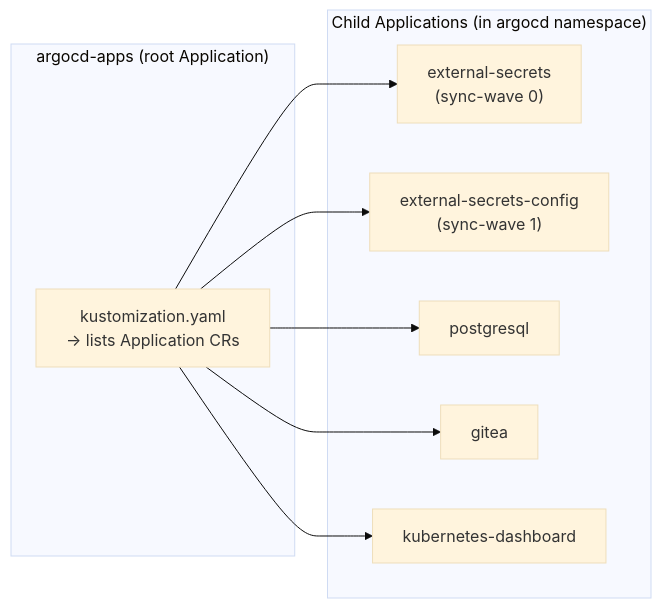
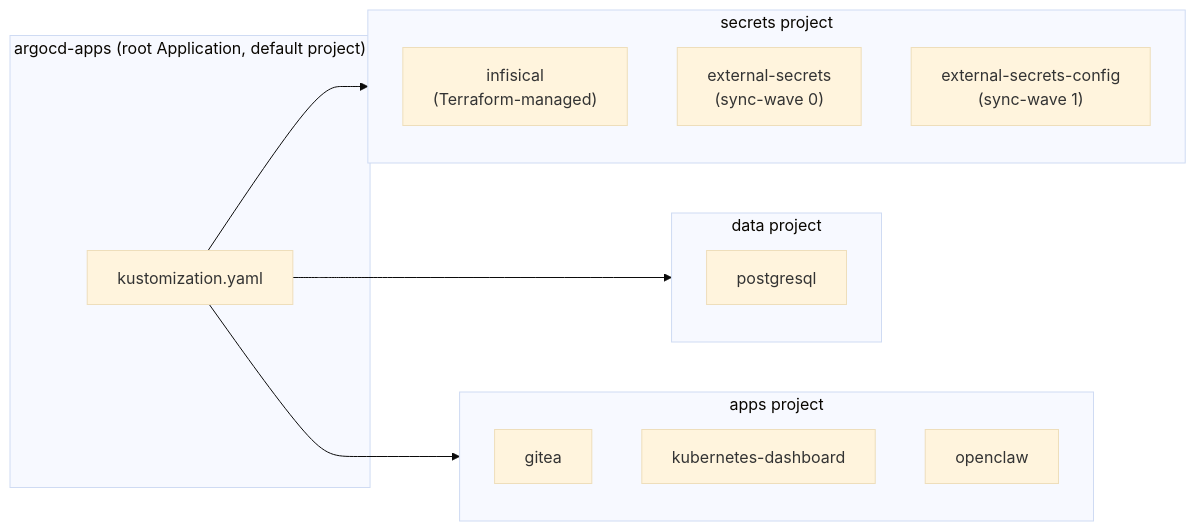
Before and after one commit to haingth77/homelab: the second of 2 diagrams in k8s/apps/argocd/README.md, drawn with Mermaid (base theme). The commit also changed other lines of this file and 8 other files, not shown here.

````diff
--- a/k8s/apps/argocd/README.md
+++ b/k8s/apps/argocd/README.md
@@ -56,20 +60,26 @@
 ```mermaid
 flowchart LR
-    subgraph root["argocd-apps (root Application)"]
-        Kustomize["kustomization.yaml\n→ lists Application CRs"]
+    subgraph root["argocd-apps (root Application, default project)"]
+        Kustomize["kustomization.yaml"]
     end
 
-    subgraph apps["Child Applications (in argocd namespace)"]
+    subgraph secretsProj["secrets project"]
+        Infisical["infisical\n(Terraform-managed)"]
         A1["external-secrets\n(sync-wave 0)"]
         A2["external-secrets-config\n(sync-wave 1)"]
+    end
+
+    subgraph dataProj["data project"]
         A3["postgresql"]
+    end
+
+    subgraph appsProj["apps project"]
         A4["gitea"]
         A5["kubernetes-dashboard"]
+        A6["openclaw"]
     end
 
-    Kustomize --> A1
-    Kustomize --> A2
-    Kustomize --> A3
-    Kustomize --> A4
-    Kustomize --> A5
+    Kustomize --> secretsProj
+    Kustomize --> dataProj
+    Kustomize --> appsProj
 ```
````
